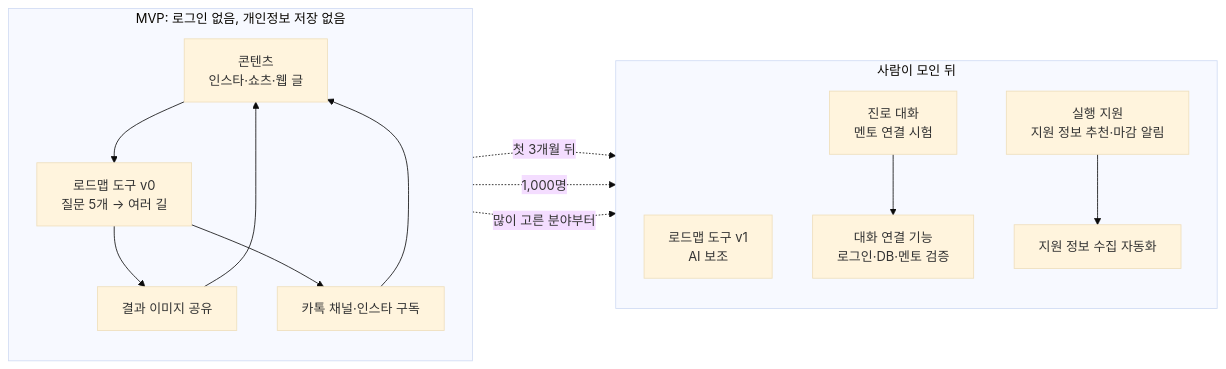
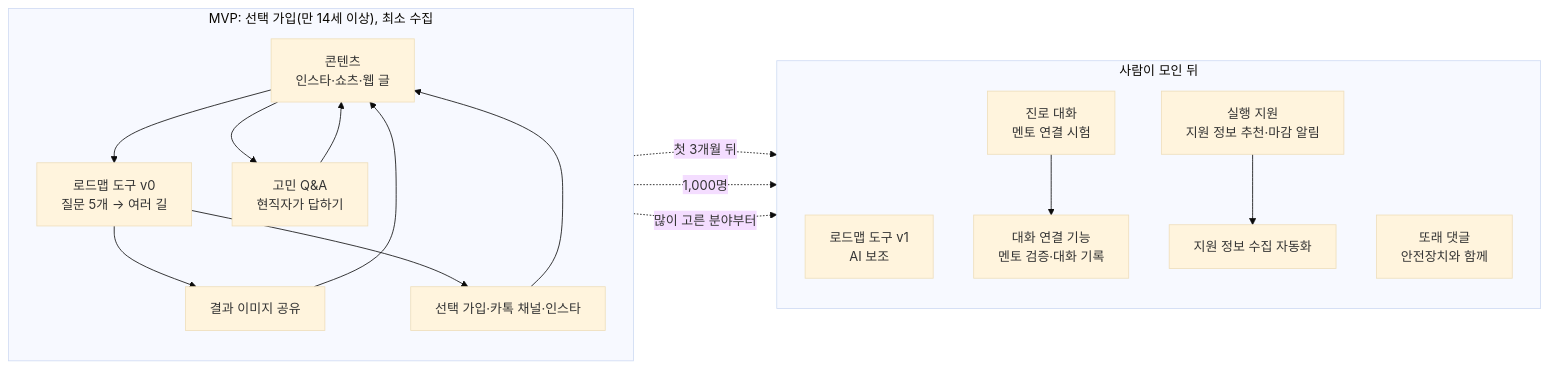
The third of 3 diagrams in docs/roadmap.md (Sweet-Butters/youth-benefit-finder), drawn with Mermaid (base theme) before and after one commit. The commit also changed other lines of this file and 5 other files, not shown here.

````diff
--- a/docs/roadmap.md
+++ b/docs/roadmap.md
@@ -73,26 +74,29 @@
 ```mermaid
 flowchart LR
-    subgraph MVP["MVP: 로그인 없음, 개인정보 저장 없음"]
+    subgraph MVP["MVP: 선택 가입(만 14세 이상), 최소 수집"]
         direction TB
         M1["콘텐츠<br/>인스타·쇼츠·웹 글"] --> M2["로드맵 도구 v0<br/>질문 5개 → 여러 길"]
         M2 --> M3["결과 이미지 공유"]
-        M2 --> M4["카톡 채널·인스타 구독"]
+        M2 --> M4["선택 가입·카톡 채널·인스타"]
+        M1 --> M5["고민 Q&A<br/>현직자가 답하기"]
+        M5 --> M1
         M3 --> M1
         M4 --> M1
     end
 
     subgraph LATER["사람이 모인 뒤"]
         direction TB
         L1["로드맵 도구 v1<br/>AI 보조"]
         L2["진로 대화<br/>멘토 연결 시험"]
         L3["실행 지원<br/>지원 정보 추천·마감 알림"]
-        L4["대화 연결 기능<br/>로그인·DB·멘토 검증"]
+        L4["대화 연결 기능<br/>멘토 검증·대화 기록"]
+        L6["또래 댓글<br/>안전장치와 함께"]
         L5["지원 정보 수집 자동화"]
         L2 --> L4
         L3 --> L5
     end
 
     M2 -. "첫 3개월 뒤" .-> L1
     M4 -. "1,000명" .-> L2
     M2 -. "많이 고른 분야부터" .-> L3
 ```
````
